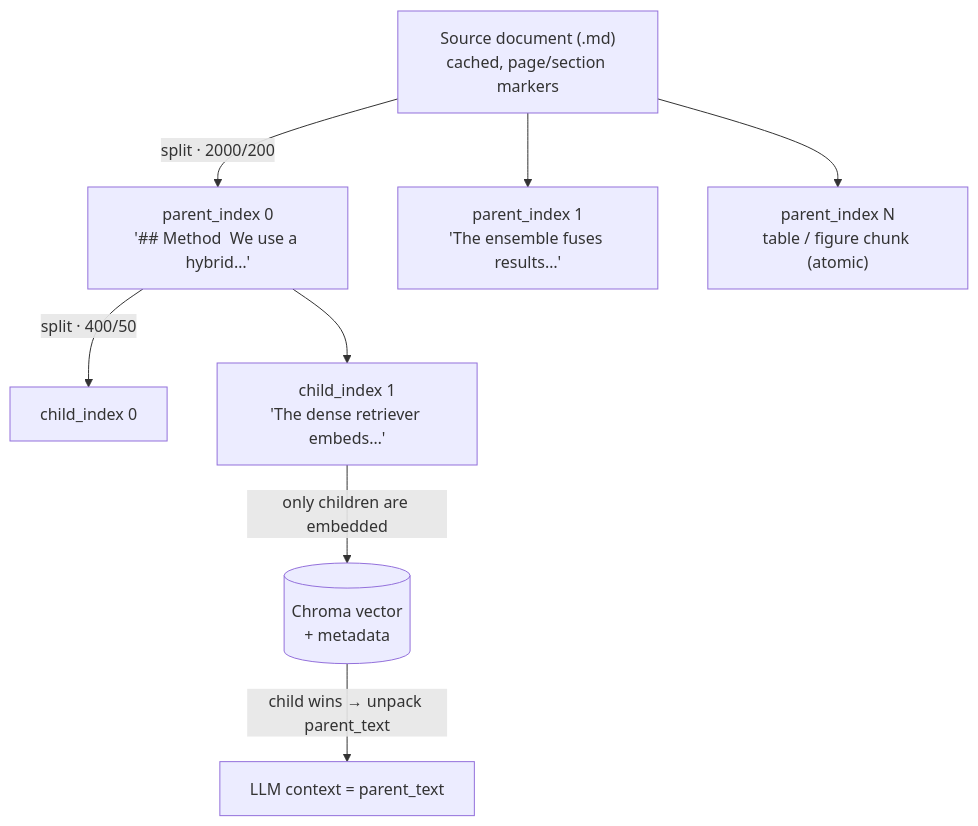
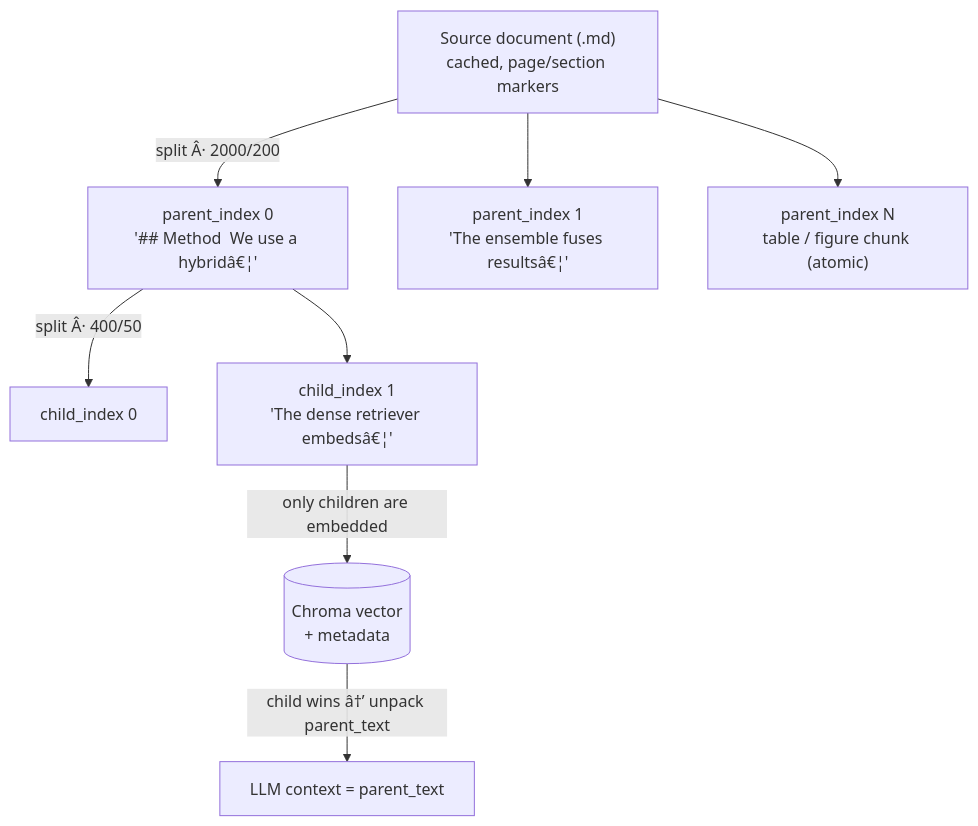
Before and after one commit to ldele/doc_assistant: the second of 2 diagrams in docs/architecture.md, drawn with Mermaid. The commit also changed other lines of this file and 5 other files, not shown here.

````diff
--- a/docs/architecture.md
+++ b/docs/architecture.md
@@ -186,11 +186,11 @@
 ```mermaid
 flowchart TB
     D["Source document (.md)<br/>cached, page/section markers"]
-    D -->|"split · 2000/200"| P0["parent_index 0<br/>'## Method  We use a hybrid…'"]
-    D --> P1["parent_index 1<br/>'The ensemble fuses results…'"]
+    D -->|"split Â· 2000/200"| P0["parent_index 0<br/>'## Method  We use a hybridâ€¦'"]
+    D --> P1["parent_index 1<br/>'The ensemble fuses resultsâ€¦'"]
     D --> PN["parent_index N<br/>table / figure chunk (atomic)"]
-    P0 -->|"split · 400/50"| C0["child_index 0"]
-    P0 --> C1["child_index 1<br/>'The dense retriever embeds…'"]
+    P0 -->|"split Â· 400/50"| C0["child_index 0"]
+    P0 --> C1["child_index 1<br/>'The dense retriever embedsâ€¦'"]
     C1 -->|"only children are embedded"| CH[("Chroma vector<br/>+ metadata")]
-    CH -->|"child wins → unpack parent_text"| LLM["LLM context = parent_text"]
+    CH -->|"child wins â†’ unpack parent_text"| LLM["LLM context = parent_text"]
 ```
````
